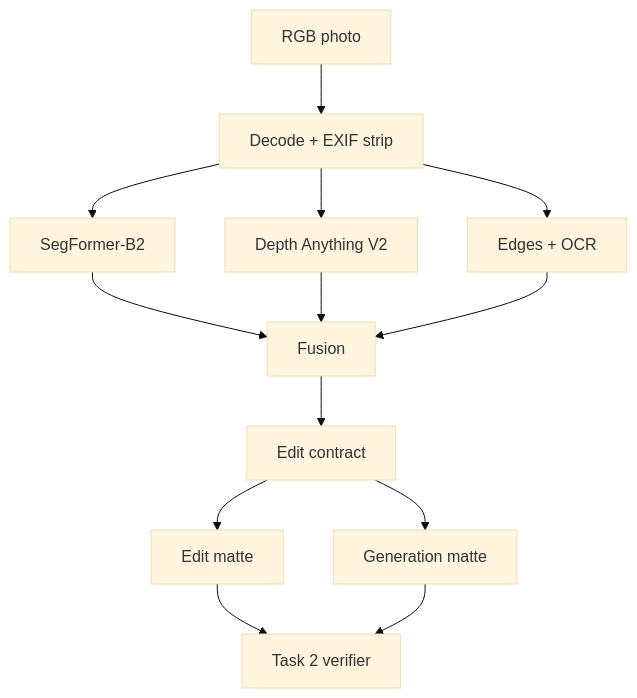
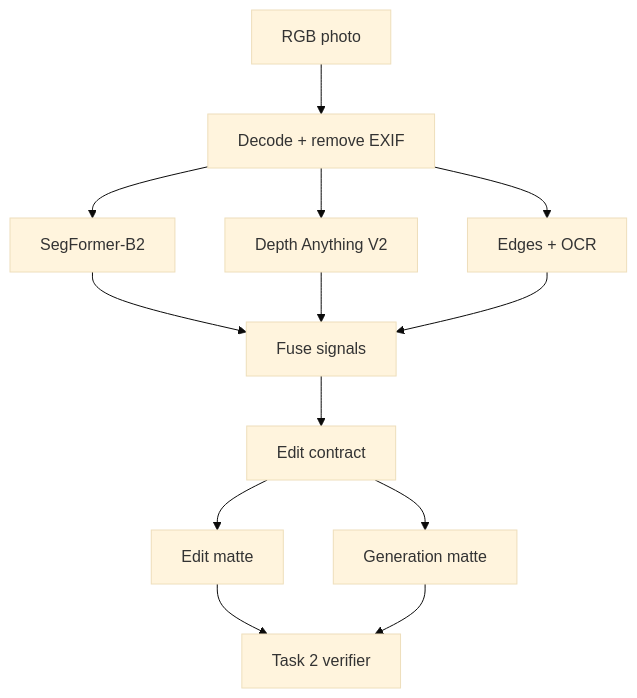
One commit to mustafametesengul/generative-editing changed the diagram in docs/TASK1_PERCEPTION.md. Above: the diagram before and after it, drawn with Mermaid (base theme). The commit also changed other lines of this file and 5 other files, not shown here.

````diff
--- a/docs/TASK1_PERCEPTION.md
+++ b/docs/TASK1_PERCEPTION.md
@@ -5,15 +7,15 @@
 ```mermaid
 flowchart TD
-    A[RGB photo] --> B[Decode + EXIF strip]
+    A[RGB photo] --> B[Decode + remove EXIF]
     B --> C[SegFormer-B2]
     B --> D[Depth Anything V2]
     B --> E[Edges + OCR]
-    C --> F[Fusion]
+    C --> F[Fuse signals]
     D --> F
     E --> F
     F --> G[Edit contract]
     G --> H[Edit matte]
     G --> I[Generation matte]
     H --> J[Task 2 verifier]
     I --> J
 ```
````
